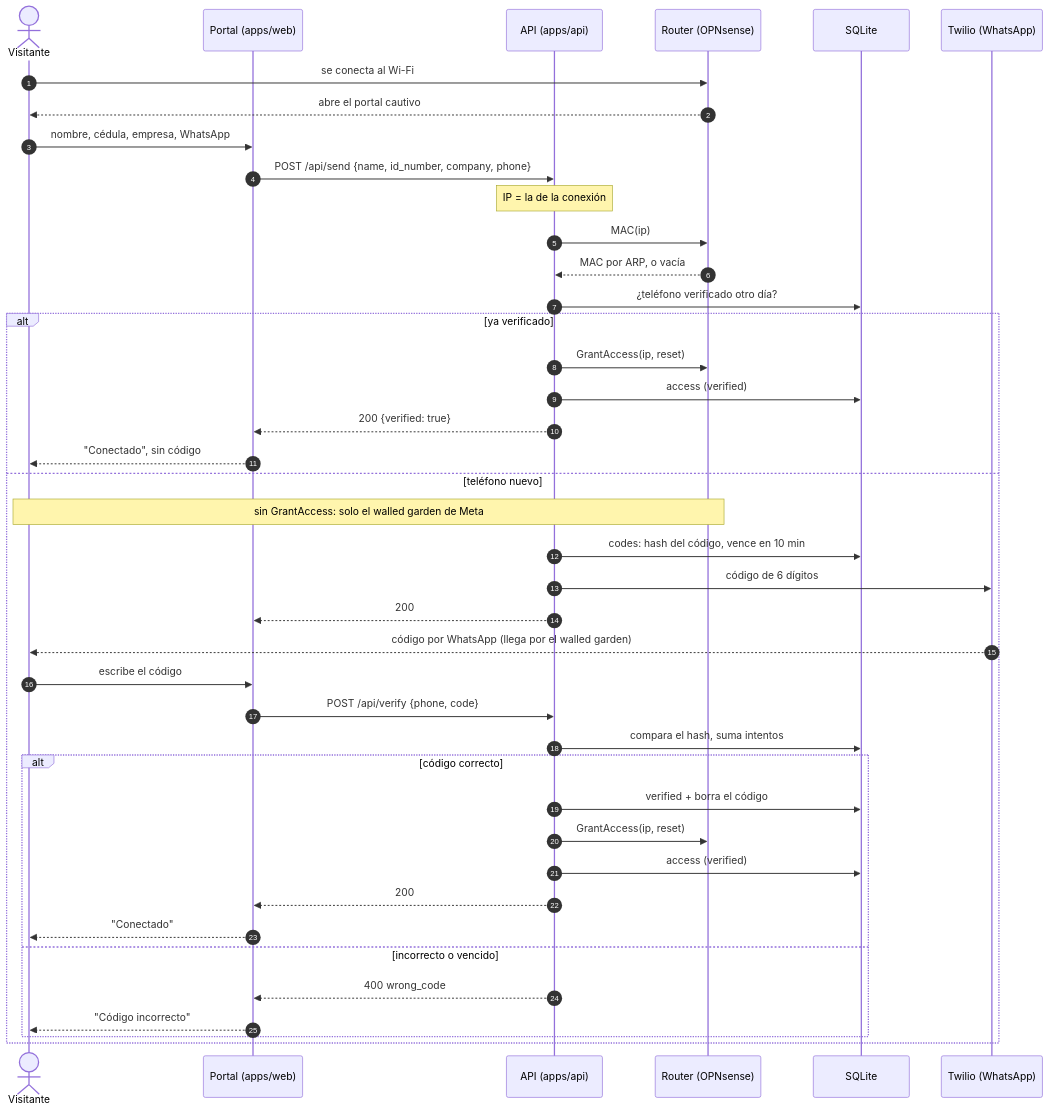
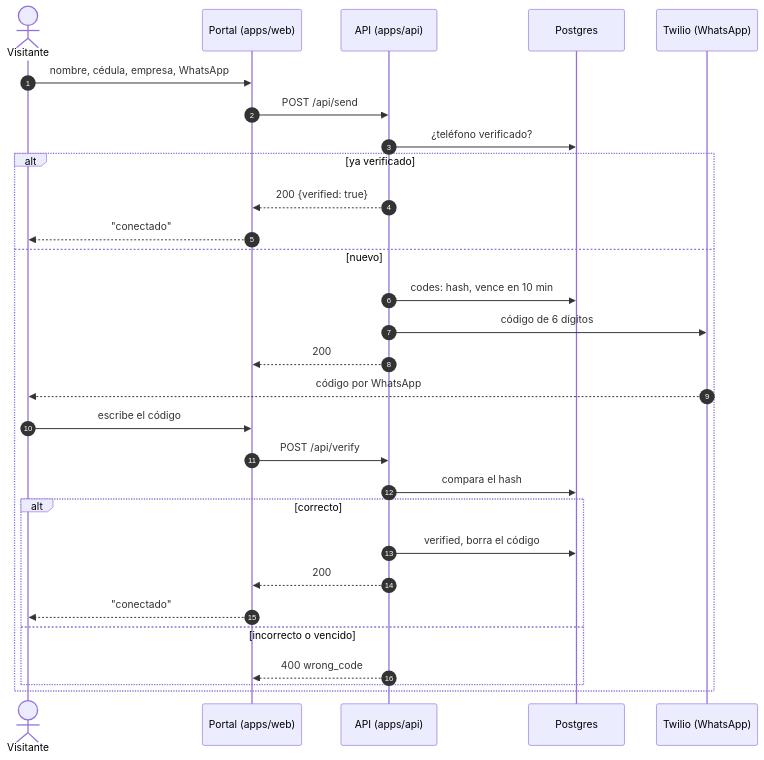
The diagram in docs/explanation/core/acceso-wifi.md (TipoTramquilo/byteservices-portal), drawn with Mermaid before and after one commit. The commit also changed other lines of this file and 44 other files, not shown here.

First line of the commit message:
feat(portal): registro con OTP sobre Postgres, sin control de acceso

````diff
--- a/docs/explanation/core/acceso-wifi.md
+++ b/docs/explanation/core/acceso-wifi.md
@@ -56,45 +34,32 @@
 ```mermaid
 sequenceDiagram
     autonumber
     actor V as Visitante
     participant P as Portal (apps/web)
     participant A as API (apps/api)
-    participant R as Router (OPNsense)
-    participant D as SQLite
+    participant D as Postgres
     participant W as Twilio (WhatsApp)
 
-    V->>R: se conecta al Wi-Fi
-    R-->>V: abre el portal cautivo
     V->>P: nombre, cédula, empresa, WhatsApp
-    P->>A: POST /api/send {name, id_number, company, phone}
-    Note over A: IP = la de la conexión
-    A->>R: MAC(ip)
-    R-->>A: MAC por ARP, o vacía
-    A->>D: ¿teléfono verificado otro día?
-
+    P->>A: POST /api/send
+    A->>D: ¿teléfono verificado?
     alt ya verificado
-        A->>R: GrantAccess(ip, reset)
-        A->>D: access (verified)
         A-->>P: 200 {verified: true}
-        P-->>V: "Conectado", sin código
-    else teléfono nuevo
-        Note over R,V: sin GrantAccess: solo el walled garden de Meta
-        A->>D: codes: hash del código, vence en 10 min
+        P-->>V: "conectado"
+    else nuevo
+        A->>D: codes: hash, vence en 10 min
         A->>W: código de 6 dígitos
         A-->>P: 200
-        W-->>V: código por WhatsApp (llega por el walled garden)
+        W-->>V: código por WhatsApp
         V->>P: escribe el código
-        P->>A: POST /api/verify {phone, code}
-        A->>D: compara el hash, suma intentos
-        alt código correcto
-            A->>D: verified + borra el código
-            A->>R: GrantAccess(ip, reset)
-            A->>D: access (verified)
+        P->>A: POST /api/verify
+        A->>D: compara el hash
+        alt correcto
+            A->>D: verified, borra el código
             A-->>P: 200
-            P-->>V: "Conectado"
+            P-->>V: "conectado"
         else incorrecto o vencido
             A-->>P: 400 wrong_code
-            P-->>V: "Código incorrecto"
         end
     end
 ```
````
